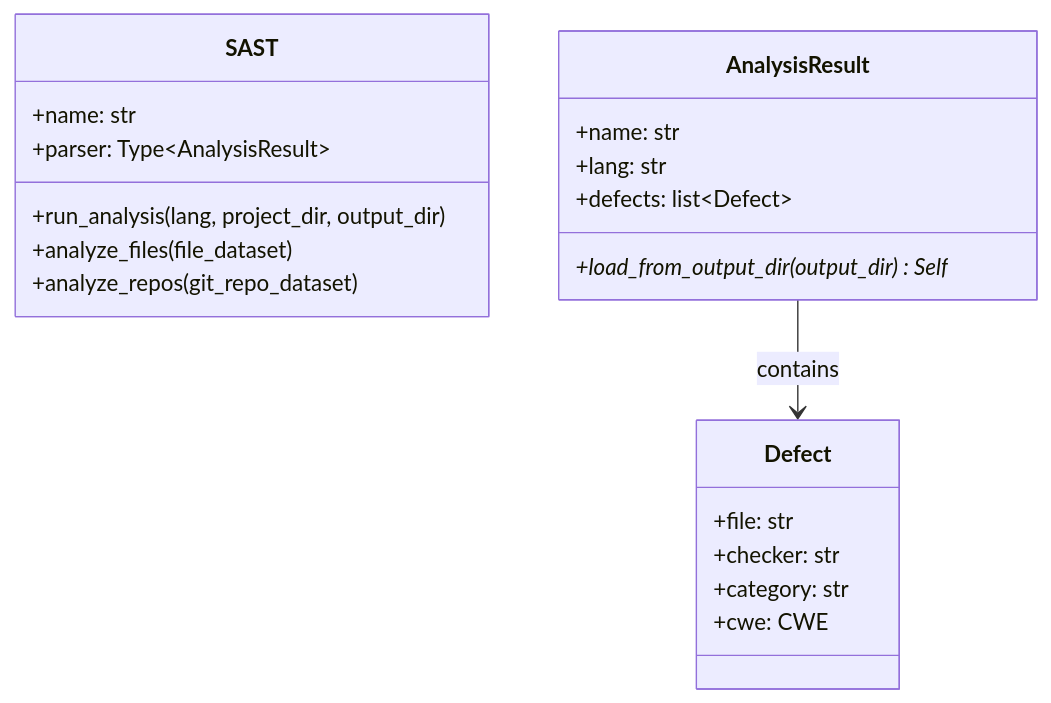
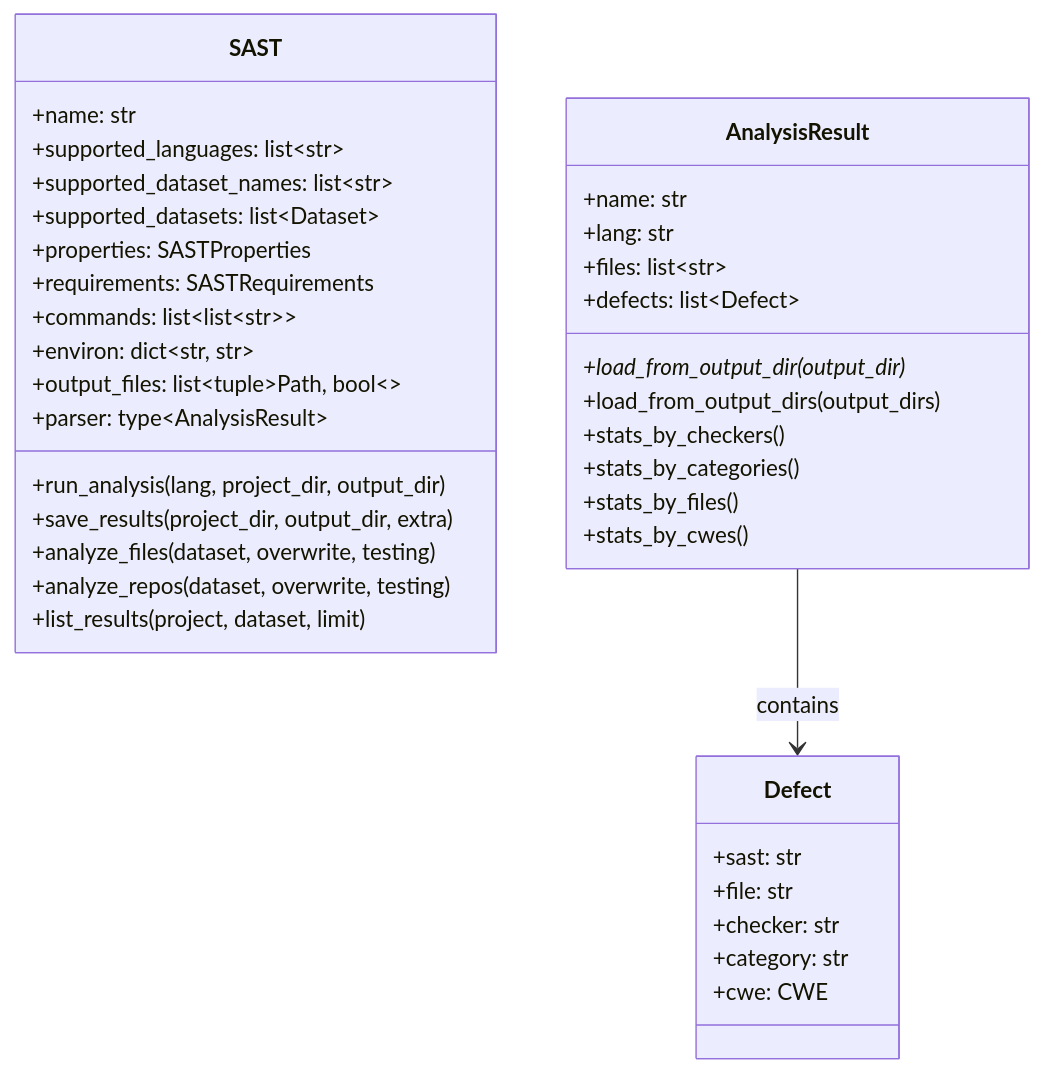
Before and after one commit to OPPIDA/CodeSecTools: the diagram in docs/sast/index.md, drawn with Mermaid. The commit also changed 1 other file, not shown here.

Commit message:
Add missing methods and attributes

````diff
--- a/docs/sast/index.md
+++ b/docs/sast/index.md
@@ -21,26 +21,43 @@
 ```mermaid
 classDiagram
     class SAST {
         +name: str
-        +parser: Type~AnalysisResult~
+        +supported_languages: list~str~
+        +supported_dataset_names: list~str~
+        +supported_datasets: list~Dataset~
+        +properties: SASTProperties
+        +requirements: SASTRequirements
+        +commands: list~list~str~~
+        +environ: dict~str, str~
+        +output_files: list~tuple~Path, bool~~
+        +parser: type~AnalysisResult~
         +run_analysis(lang, project_dir, output_dir)
-        +analyze_files(file_dataset)
-        +analyze_repos(git_repo_dataset)
+        +save_results(project_dir, output_dir, extra)
+        +analyze_files(dataset, overwrite, testing)
+        +analyze_repos(dataset, overwrite, testing)
+        +list_results(project, dataset, limit)
     }
 
     class AnalysisResult {
         +name: str
         +lang: str
+        +files: list~str~
         +defects: list~Defect~
-        +load_from_output_dir(output_dir)* Self
+        +load_from_output_dir(output_dir)*
+        +load_from_output_dirs(output_dirs)
+        +stats_by_checkers()
+        +stats_by_categories()
+        +stats_by_files()
+        +stats_by_cwes()
     }
 
     class Defect {
+        +sast: str
         +file: str
         +checker: str
         +category: str
         +cwe: CWE
     }
 
     AnalysisResult --> Defect : contains
 ```
````
